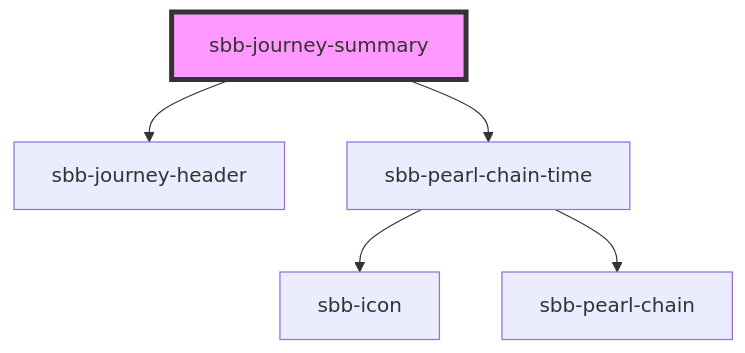
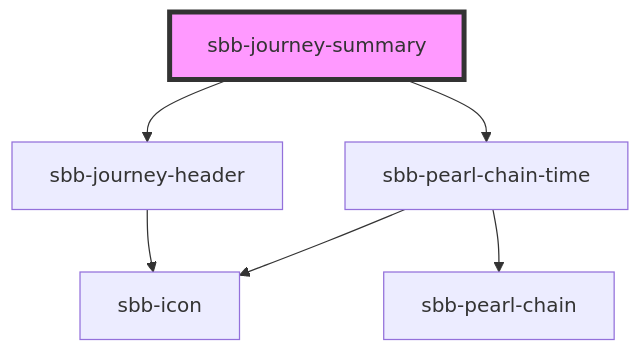
Before and after one commit to sbb-design-systems/lyne-components: the diagram in src/components/sbb-journey-summary/readme.md, drawn with Mermaid. The commit also changed 9 other files, not shown here.

````diff
--- a/src/components/sbb-journey-summary/readme.md
+++ b/src/components/sbb-journey-summary/readme.md
@@ -30,8 +30,9 @@
 ```mermaid
 graph TD;
   sbb-journey-summary --> sbb-journey-header
   sbb-journey-summary --> sbb-pearl-chain-time
+  sbb-journey-header --> sbb-icon
   sbb-pearl-chain-time --> sbb-icon
   sbb-pearl-chain-time --> sbb-pearl-chain
   style sbb-journey-summary fill:#f9f,stroke:#333,stroke-width:4px
 ```
````
